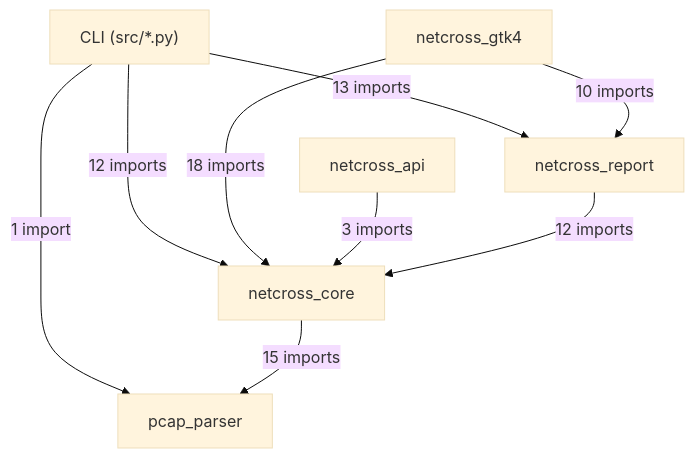
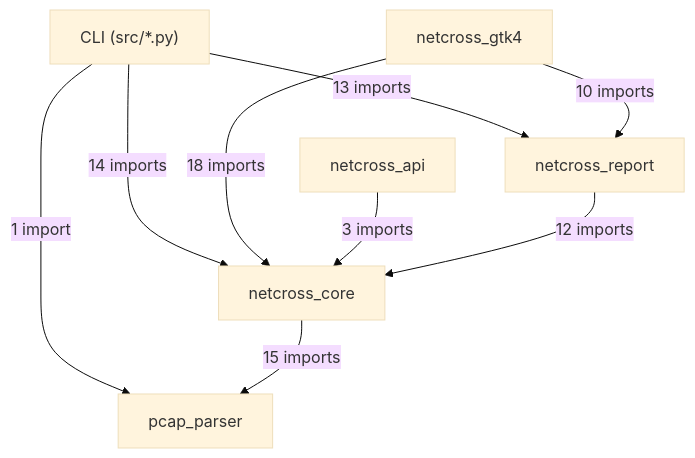
The first of 16 diagrams in docs/class-diagram.md (MathildeDec/Netcross), drawn with Mermaid (base theme) before and after one commit. The commit also changed other lines of this file and 10 other files, not shown here.

````diff
--- a/docs/class-diagram.md
+++ b/docs/class-diagram.md
@@ -26,17 +26,17 @@
 ```mermaid
 flowchart TD
     CLI["CLI (src/*.py)"]
     netcross_gtk4["netcross_gtk4"]
     netcross_api["netcross_api"]
     netcross_report["netcross_report"]
     netcross_core["netcross_core"]
     pcap_parser["pcap_parser"]
     CLI -->|"13 imports"| netcross_report
-    CLI -->|"12 imports"| netcross_core
+    CLI -->|"14 imports"| netcross_core
     CLI -->|"1 import"| pcap_parser
     netcross_gtk4 -->|"10 imports"| netcross_report
     netcross_gtk4 -->|"18 imports"| netcross_core
     netcross_api -->|"3 imports"| netcross_core
     netcross_report -->|"12 imports"| netcross_core
     netcross_core -->|"15 imports"| pcap_parser
 ```
````
